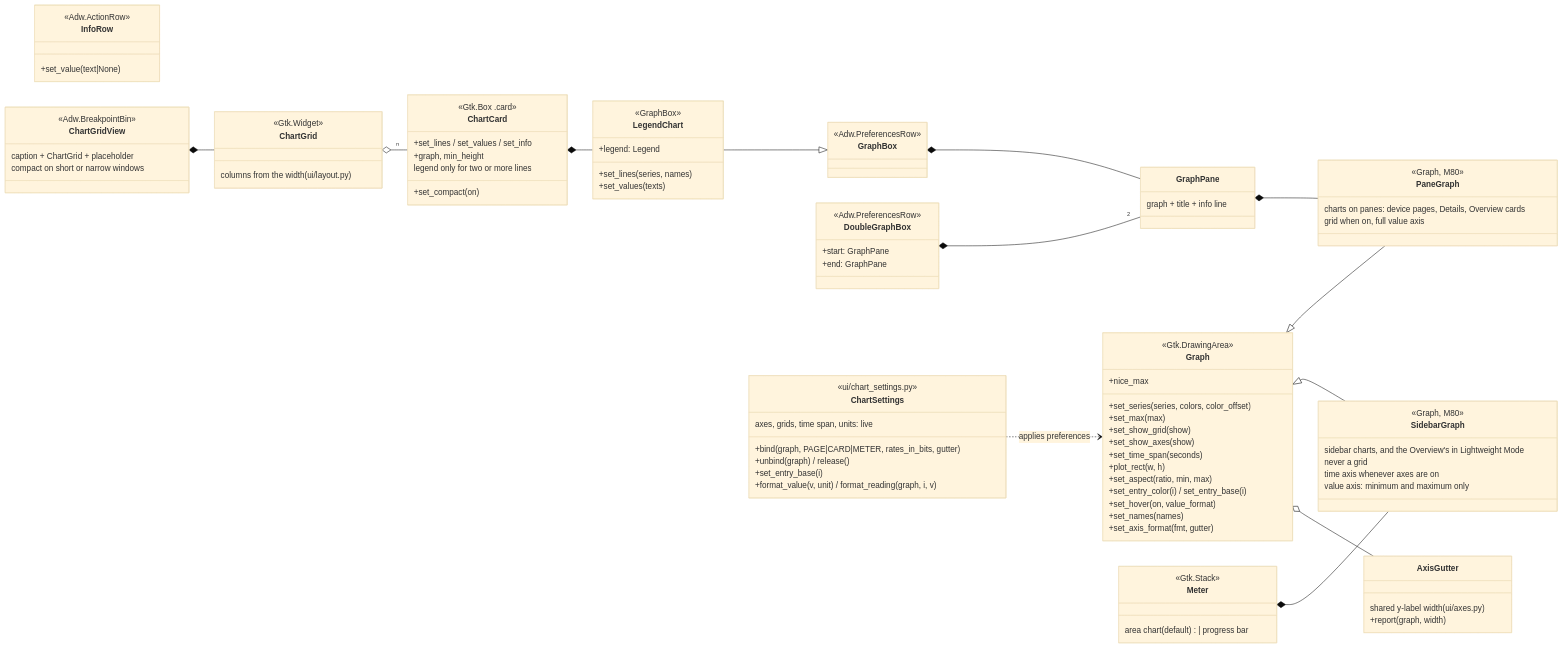
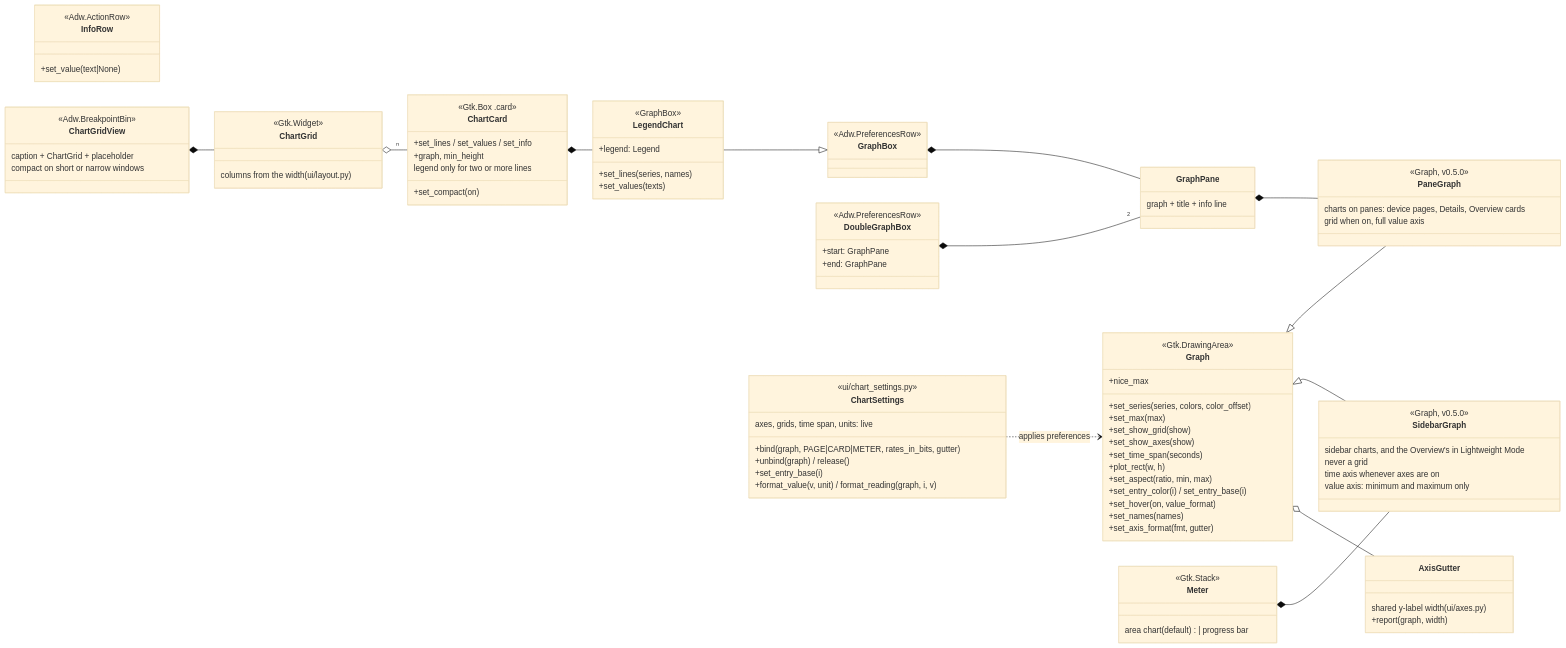
Before and after one commit to mamadingleberry/proccoli: the first of 3 diagrams in docs/design/09.1-widgets.md, drawn with Mermaid (base theme). The commit also changed other lines of this file and 417 other files, not shown here.

```diff
--- a/docs/design/09.1-widgets.md
+++ b/docs/design/09.1-widgets.md
@@ -19,12 +19,12 @@
         +nice_max
     }
     class PaneGraph {
-        <<Graph, M80>>
+        <<Graph, v0.5.0>>
         charts on panes: device pages, Details, Overview cards
         grid when on, full value axis
     }
     class SidebarGraph {
-        <<Graph, M80>>
+        <<Graph, v0.5.0>>
         sidebar charts, and the Overview's in Lightweight Mode
         never a grid
         time axis whenever axes are on
```
